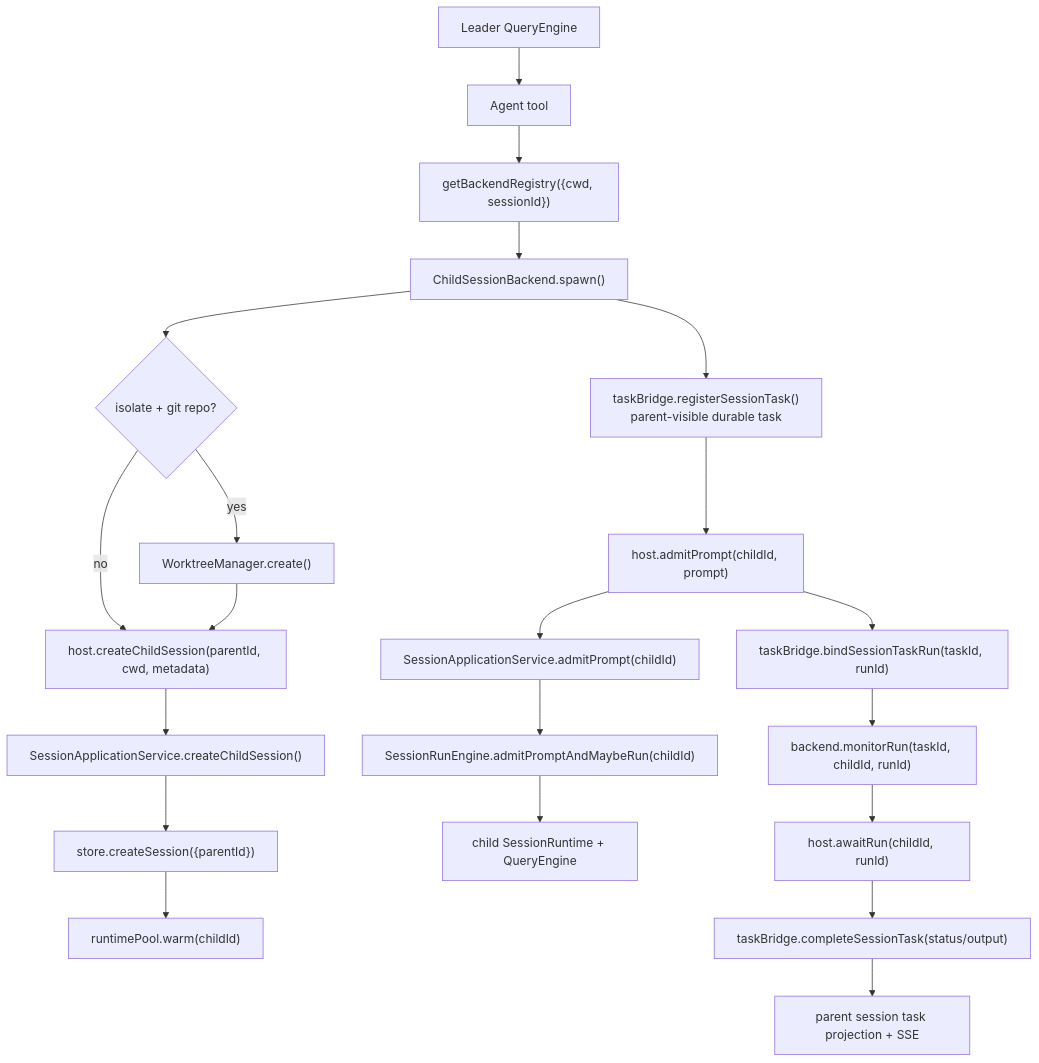
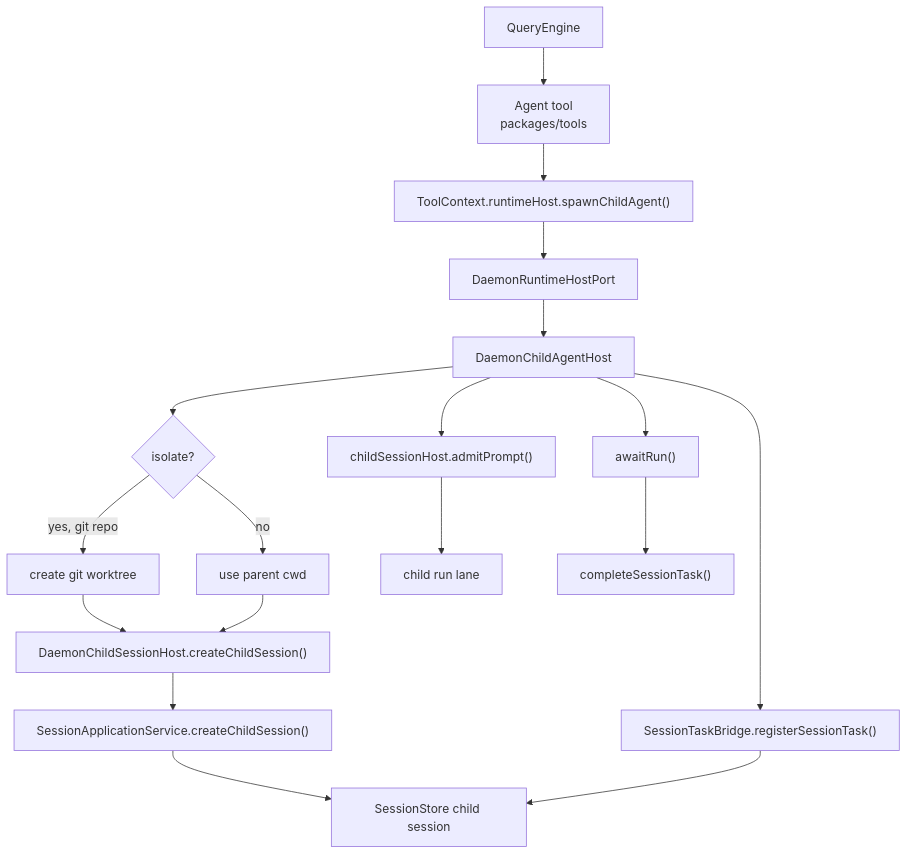
The fifth of 5 diagrams in docs/daemon-runtime-flow-map.md (rzx007/openharness-ts), drawn with Mermaid before and after one commit. The commit also changed other lines of this file and 8 other files, not shown here.

First line of the commit message:
docs: 记录 RuntimeHostPort 设计并同步 daemon 运行时文档

````diff
--- a/docs/daemon-runtime-flow-map.md
+++ b/docs/daemon-runtime-flow-map.md
@@ -403,26 +204,20 @@
 ```mermaid
 flowchart TD
-  leader["Leader QueryEngine"] --> agentTool["Agent tool"]
-  agentTool --> registry["getBackendRegistry({cwd, sessionId})"]
-  registry --> backend["ChildSessionBackend.spawn()"]
-
-  backend --> isolate{"isolate + git repo?"}
-  isolate -->|yes| worktree["WorktreeManager.create()"]
-  isolate -->|no| create
-  worktree --> create["host.createChildSession(parentId, cwd, metadata)"]
-
-  create --> serverChild["SessionApplicationService.createChildSession()"]
-  serverChild --> storeChild["store.createSession({parentId})"]
-  storeChild --> warm["runtimePool.warm(childId)"]
-
-  backend --> task["taskBridge.registerSessionTask()<br/>parent-visible durable task"]
-  task --> admit["host.admitPrompt(childId, prompt)"]
-  admit --> app["SessionApplicationService.admitPrompt(childId)"]
-  app --> engine["SessionRunEngine.admitPromptAndMaybeRun(childId)"]
-  engine --> childRuntime["child SessionRuntime + QueryEngine"]
-  admit --> bind["taskBridge.bindSessionTaskRun(taskId, runId)"]
-  bind --> monitor["backend.monitorRun(taskId, childId, runId)"]
-  monitor --> await["host.awaitRun(childId, runId)"]
-  await --> complete["taskBridge.completeSessionTask(status/output)"]
-  complete --> parentEvents["parent session task projection + SSE"]
+  qe["QueryEngine"] --> agent["Agent tool<br/>packages/tools"]
+  agent --> host["ToolContext.runtimeHost.spawnChildAgent()"]
+  host --> runtimeHost["DaemonRuntimeHostPort"]
+  runtimeHost --> childAgentHost["DaemonChildAgentHost"]
+  childAgentHost --> worktree{"isolate?"}
+  worktree -->|"yes, git repo"| git["create git worktree"]
+  worktree -->|"no"| sameCwd["use parent cwd"]
+  git --> createChild["DaemonChildSessionHost.createChildSession()"]
+  sameCwd --> createChild
+  createChild --> app["SessionApplicationService.createChildSession()"]
+  app --> store["SessionStore child session"]
+  childAgentHost --> task["SessionTaskBridge.registerSessionTask()"]
+  task --> store
+  childAgentHost --> prompt["childSessionHost.admitPrompt()"]
+  prompt --> run["child run lane"]
+  childAgentHost --> await["awaitRun()"]
+  await --> complete["completeSessionTask()"]
 ```
````
